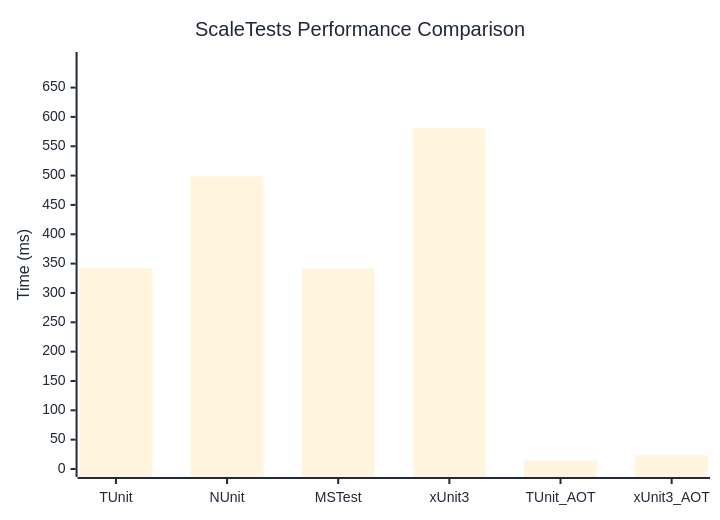
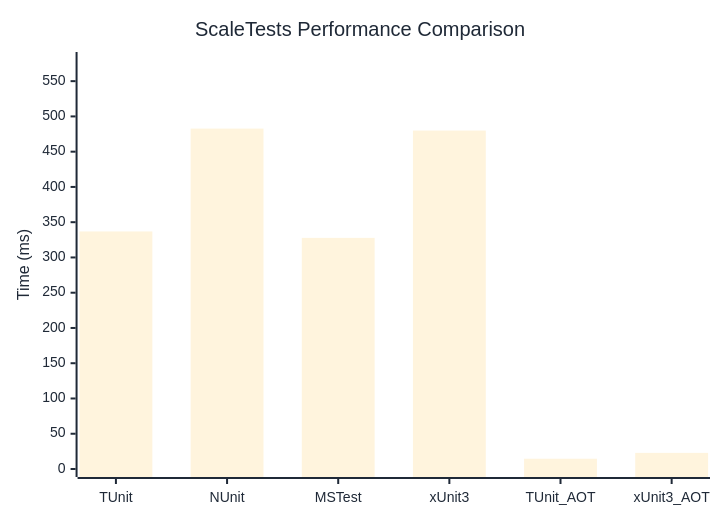
One commit to thomhurst/TUnit changed the diagram in docs/docs/benchmarks/engine/ScaleTests.md. Above: the diagram before and after it, drawn with Mermaid. The commit also changed other lines of this file and 18 other files, not shown here.

````diff
--- a/docs/docs/benchmarks/engine/ScaleTests.md
+++ b/docs/docs/benchmarks/engine/ScaleTests.md
@@ -30,37 +30,37 @@
 ```mermaid
 %%{init: {
   'theme':'base',
   'themeVariables': {
     'primaryColor': '#2563eb',
     'primaryTextColor': '#1f2937',
     'primaryBorderColor': '#1e40af',
     'lineColor': '#6b7280',
     'secondaryColor': '#7c3aed',
     'tertiaryColor': '#dc2626',
     'background': '#ffffff',
     'mainBkg': '#2563eb',
     'secondBkg': '#7c3aed',
     'tertiaryBkg': '#dc2626',
     'clusterBkg': '#f3f4f6',
     'edgeLabelBackground': '#ffffff',
     'tertiaryTextColor': '#1f2937',
     'pie1': '#2563eb',
     'pie2': '#7c3aed',
     'pie3': '#dc2626',
     'pie4': '#f59e0b',
     'pie5': '#10b981',
     'pie6': '#06b6d4',
     'pie7': '#ec4899',
     'pie8': '#6366f1',
     'pie9': '#84cc16',
     'pie10': '#f97316',
     'pie11': '#14b8a6',
     'pie12': '#a855f7'
   }
 }}%%
 xychart-beta
   title "ScaleTests Performance Comparison"
   x-axis ["TUnit", "NUnit", "MSTest", "xUnit3", "TUnit_AOT", "xUnit3_AOT"]
-  y-axis "Time (ms)" 0 --> 697
-  bar [342.32, 498.51, 341.54, 580.54, 14.15, 23.43]
+  y-axis "Time (ms)" 0 --> 580
+  bar [336.89, 482.72, 327.76, 479.92, 14.58, 22.85]
 ```
````
